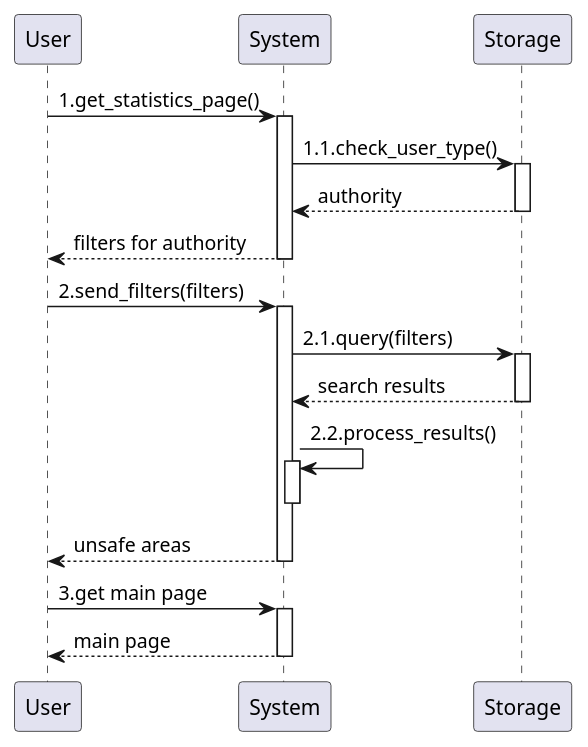
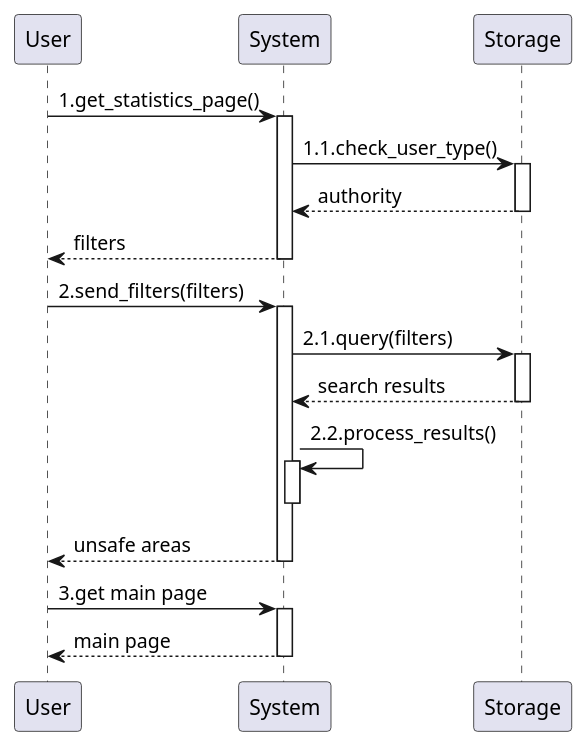
Before and after one commit to GiorgioUghini/SafeStreets: the third of 6 diagrams in RASD/materials/uml/useCases/reports.wsd, drawn with PlantUML. The commit also changed other lines of this file and 4 other files, not shown here.

Commit message:
Fix diagrams

```diff
--- a/RASD/materials/uml/useCases/reports.wsd
+++ b/RASD/materials/uml/useCases/reports.wsd
@@ -41,20 +41,20 @@
 @startuml information_mining_by_officers
     participant User as U
     participant System as S
     participant Storage as ST
 
     autoactivate on
 
     U -> S: 1.get_statistics_page()
     S -> ST: 1.1.check_user_type()
     return authority
-    return filters for authority
+    return filters
     U -> S: 2.send_filters(filters)
     S -> ST: 2.1.query(filters)
     return search results
     S -> S: 2.2.process_results()
     deactivate S
     return unsafe areas
     U -> S: 3.get main page
     return main page
 @enduml
```
